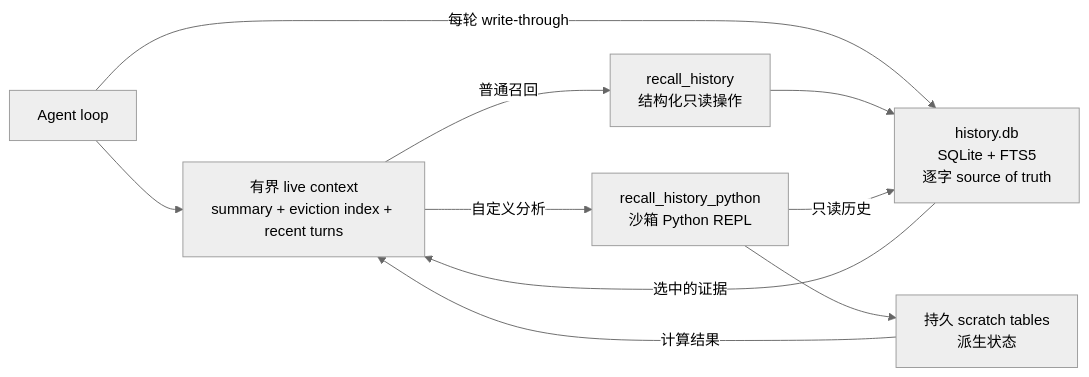
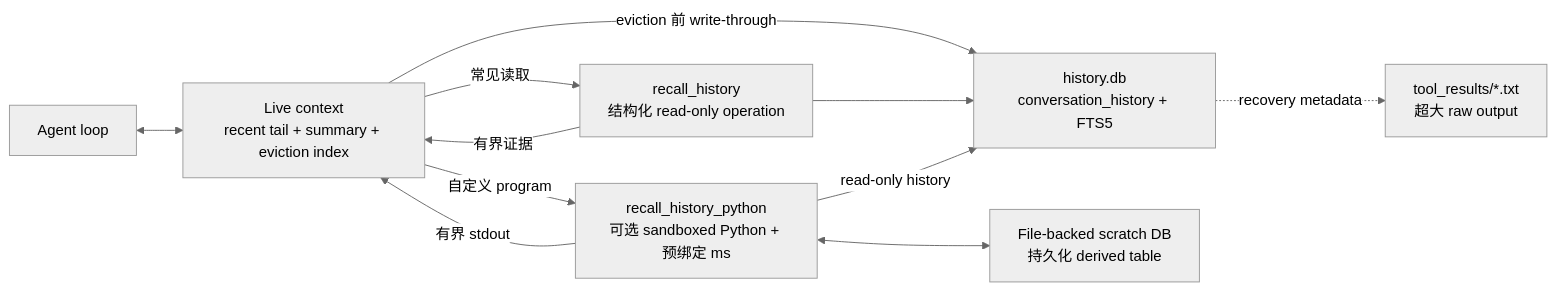
Before and after one commit to agentscope-ai/QwenPaw: the first of 2 diagrams in website/public/blog/qwenpaw-scroll-executable-memory.zh.md, drawn with Mermaid (neutral theme). The commit also changed other lines of this file and 1 other file, not shown here.

Commit message:
docs: update Scroll context management blog

````diff
--- a/website/public/blog/qwenpaw-scroll-executable-memory.zh.md
+++ b/website/public/blog/qwenpaw-scroll-executable-memory.zh.md
@@ -33,12 +27,20 @@
 ```mermaid
 flowchart LR
-    A[Agent loop] --> W["有界 live context<br/>summary + eviction index + recent turns"]
-    A -->|每轮 write-through| H["history.db<br/>SQLite + FTS5<br/>逐字 source of truth"]
-    W -->|普通召回| R["recall_history<br/>结构化只读操作"]
-    W -->|自定义分析| P["recall_history_python<br/>沙箱 Python REPL"]
+    A["Agent loop"]
+    C["Live context<br/>recent tail + summary + eviction index"]
+    H["history.db<br/>conversation_history + FTS5"]
+    F["tool_results/*.txt<br/>超大 raw output"]
+    R["recall_history<br/>结构化 read-only operation"]
+    P["recall_history_python<br/>可选 sandboxed Python + 预绑定 ms"]
+    S["File-backed scratch DB<br/>持久化 derived table"]
+    A <--> C
+    C -->|eviction 前 write-through| H
+    C -->|常见读取| R
+    C -->|自定义 program| P
     R --> H
-    P -->|只读历史| H
-    P --> S["持久 scratch tables<br/>派生状态"]
-    H -->|选中的证据| W
-    S -->|计算结果| W
+    P -->|read-only history| H
+    P <--> S
+    H -. recovery metadata .-> F
+    R -->|有界证据| C
+    P -->|有界 stdout| C
 ```
````
